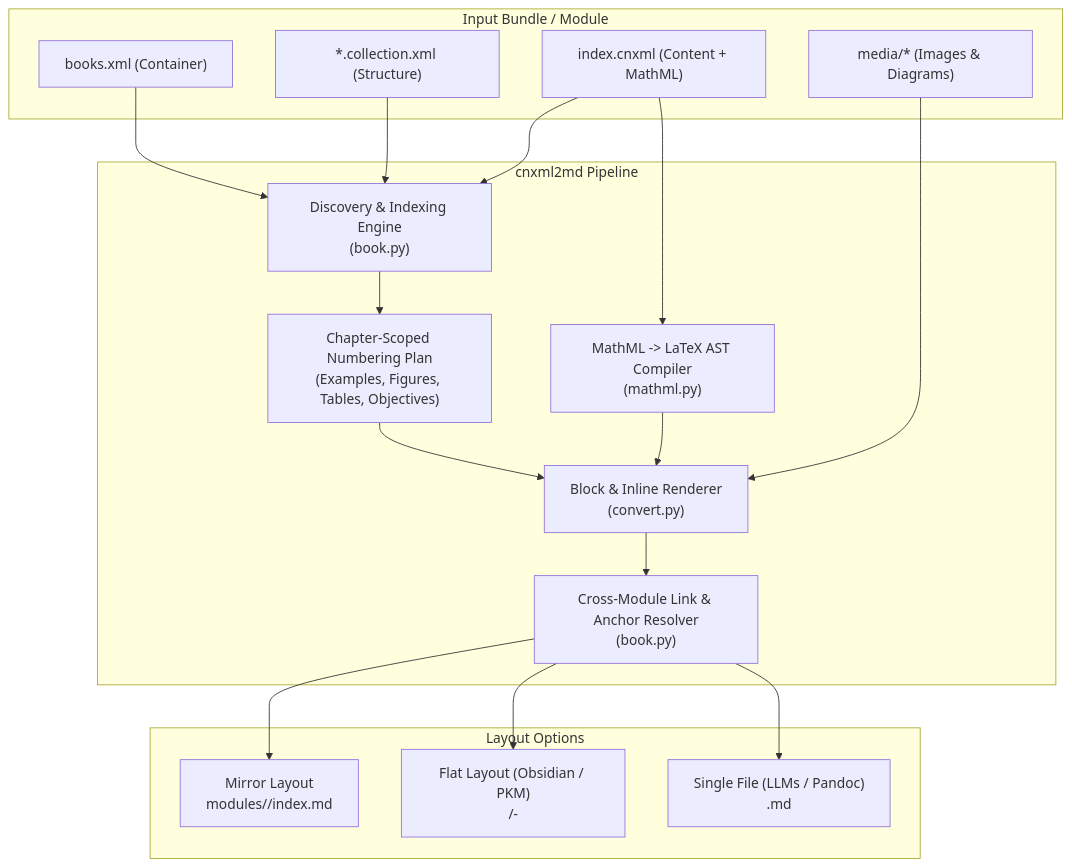
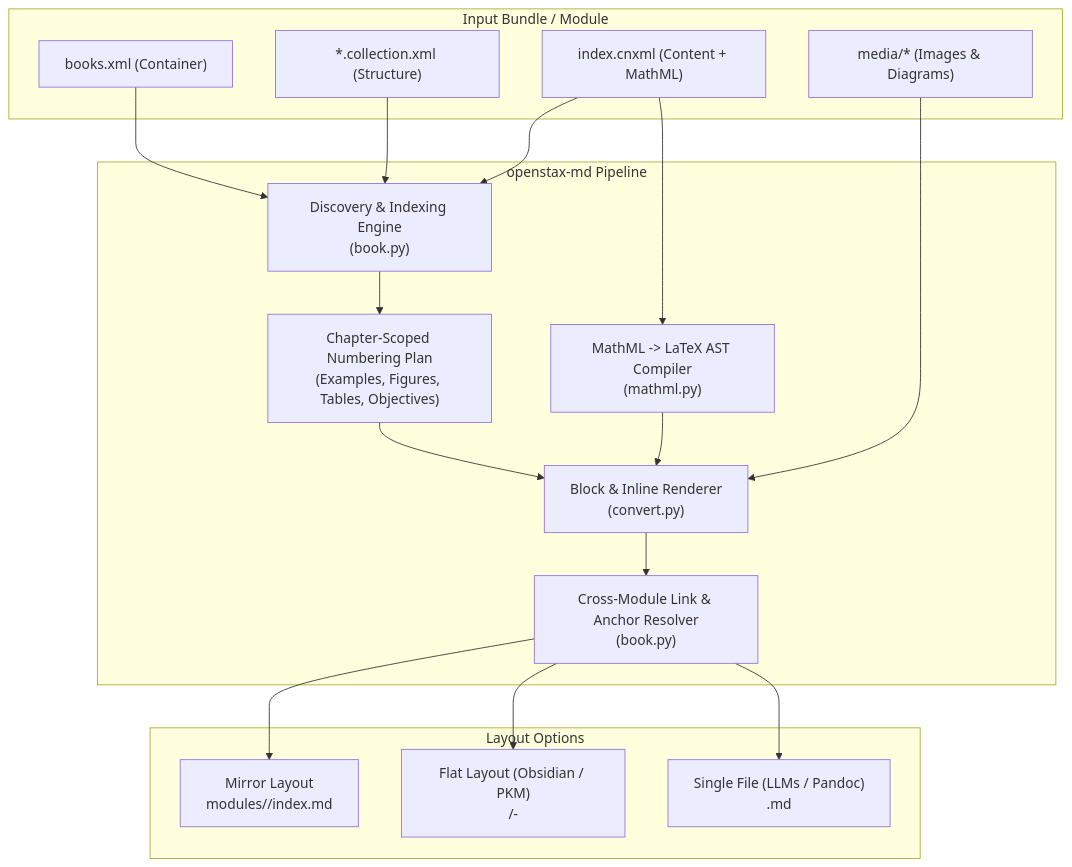
Before and after one commit to michaelnavazhylau/openstax-md: the diagram in README.md, drawn with Mermaid. The commit also changed other lines of this file and 21 other files, not shown here.

````diff
--- a/README.md
+++ b/README.md
@@ -58,36 +58,36 @@
 ```mermaid
 flowchart TD
     subgraph Inputs ["Input Bundle / Module"]
         B["books.xml (Container)"]
         C["*.collection.xml (Structure)"]
         M["index.cnxml (Content + MathML)"]
         A["media/* (Images & Diagrams)"]
     end
 
-    subgraph Core ["cnxml2md Pipeline"]
+    subgraph Core ["openstax-md Pipeline"]
         Discovery["Discovery & Indexing Engine\n(book.py)"]
         Numbering["Chapter-Scoped Numbering Plan\n(Examples, Figures, Tables, Objectives)"]
         MathML["MathML -> LaTeX AST Compiler\n(mathml.py)"]
         Convert["Block & Inline Renderer\n(convert.py)"]
         LinkResolver["Cross-Module Link & Anchor Resolver\n(book.py)"]
     end
 
     subgraph Outputs ["Layout Options"]
         Mirror["Mirror Layout\nmodules/<id>/index.md"]
         Flat["Flat Layout (Obsidian / PKM)\n<book>/<NN>-<title>.md"]
         Single["Single File (LLMs / Pandoc)\n<book>.md"]
     end
 
     B --> Discovery
     C --> Discovery
     M --> Discovery
     Discovery --> Numbering
     Numbering --> Convert
     M --> MathML
     MathML --> Convert
     A --> Convert
     Convert --> LinkResolver
     LinkResolver --> Mirror
     LinkResolver --> Flat
     LinkResolver --> Single
 ```
````
